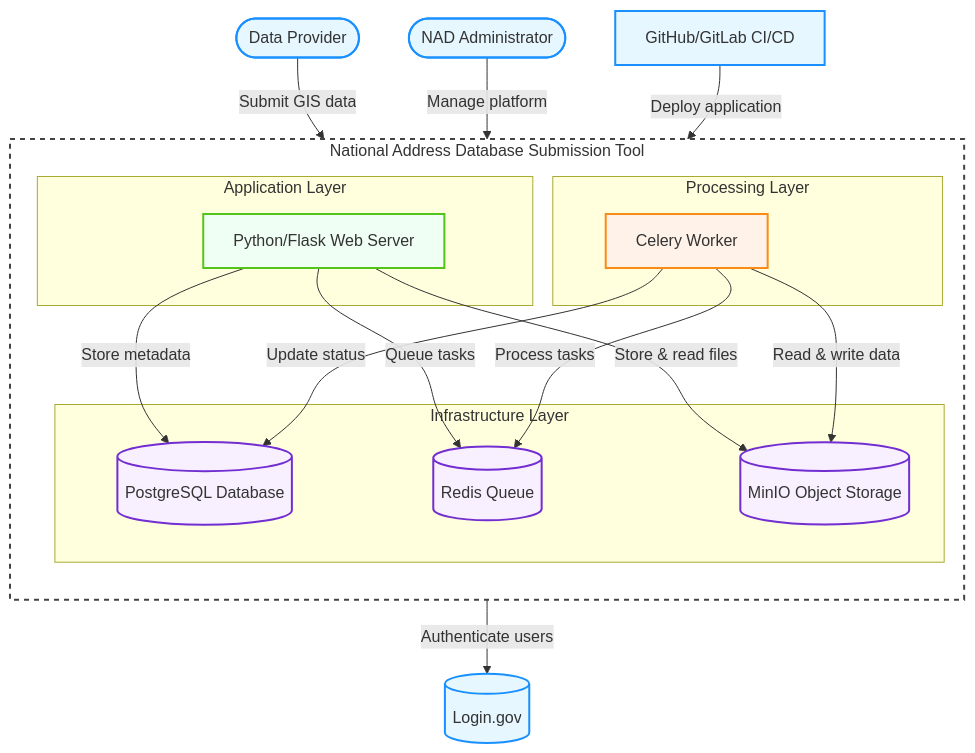
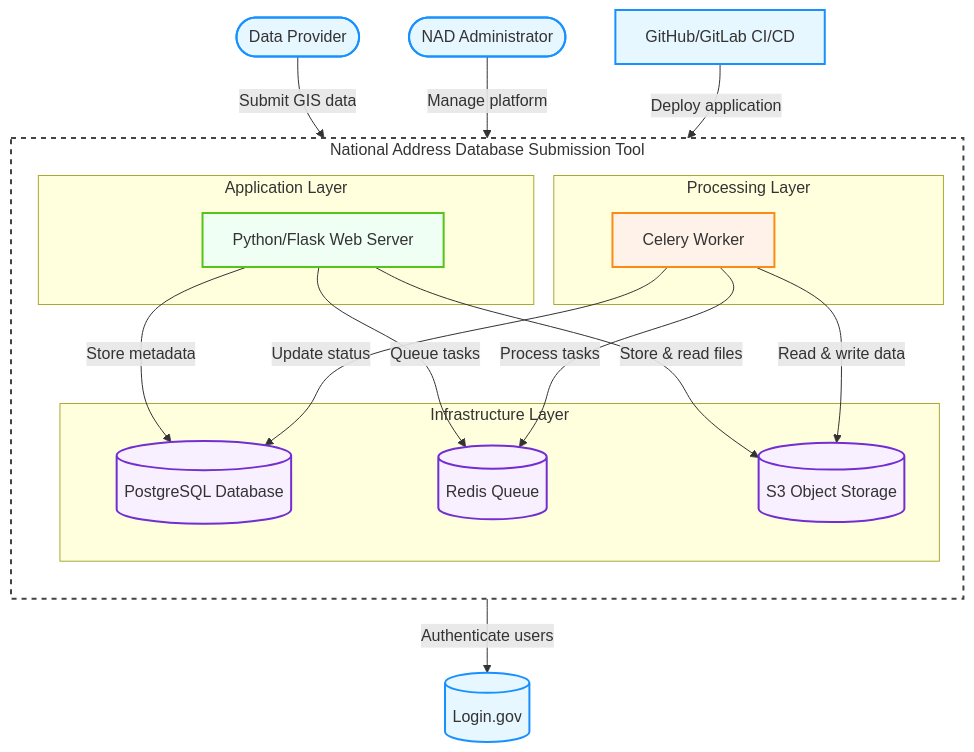
Before and after one commit to GSA-TTS/10x-nad-st: the diagram in documentation/architecture/README.md, drawn with Mermaid.

Commit message:
updating MinIO to S3

````diff
--- a/documentation/architecture/README.md
+++ b/documentation/architecture/README.md
@@ -31,62 +31,62 @@
 ```mermaid
 flowchart TB
     %% External Users
     data_provider([Data Provider])
     nad_admin([NAD Administrator])
     
     %% Authentication System
     login[(Login.gov)]
     
     %% CI/CD Pipeline
     cicd[GitHub/GitLab CI/CD]
     
     %% Main System Boundary
     subgraph NAD_SYSTEM ["National Address Database Submission Tool"]
         direction TB
         
         %% Application Layer
         subgraph APP_LAYER ["Application Layer"]
             app[Python/Flask Web Server]
         end
         
         %% Task Processing Layer
         subgraph PROCESSING_LAYER ["Processing Layer"]
             job_runner[Celery Worker]
         end
         
         %% Infrastructure Layer
         subgraph INFRA_LAYER ["Infrastructure Layer"]
             postgres[(PostgreSQL Database)]
             redis[(Redis Queue)]
-            s3[(MinIO Object Storage)]
+            s3[(S3 Object Storage)]
         end
         
         %% Internal Connections
         app -->|Store metadata| postgres
         app -->|Queue tasks| redis
         app -->|Store & read files| s3
         
         job_runner -->|Process tasks| redis
         job_runner -->|Read & write data| s3
         job_runner -->|Update status| postgres
     end
     
     %% External Connections
     data_provider -->|Submit GIS data| app
     nad_admin -->|Manage platform| app
     app -->|Authenticate users| login
     cicd -->|Deploy application| NAD_SYSTEM
     
     %% Visual Styling
     classDef external fill:#e6f7ff,stroke:#1890ff,stroke-width:2px
     classDef infrastructure fill:#f9f0ff,stroke:#722ed1,stroke-width:2px
     classDef application fill:#f0fff4,stroke:#52c41a,stroke-width:2px
     classDef processing fill:#fff2e8,stroke:#fa8c16,stroke-width:2px
     classDef system fill:#ffffff,stroke:#434343,stroke-width:2px,stroke-dasharray: 5 5
     
     class data_provider,nad_admin,login,cicd external
     class postgres,redis,s3 infrastructure
     class app application
     class job_runner processing
     class NAD_SYSTEM system
 ```
````
